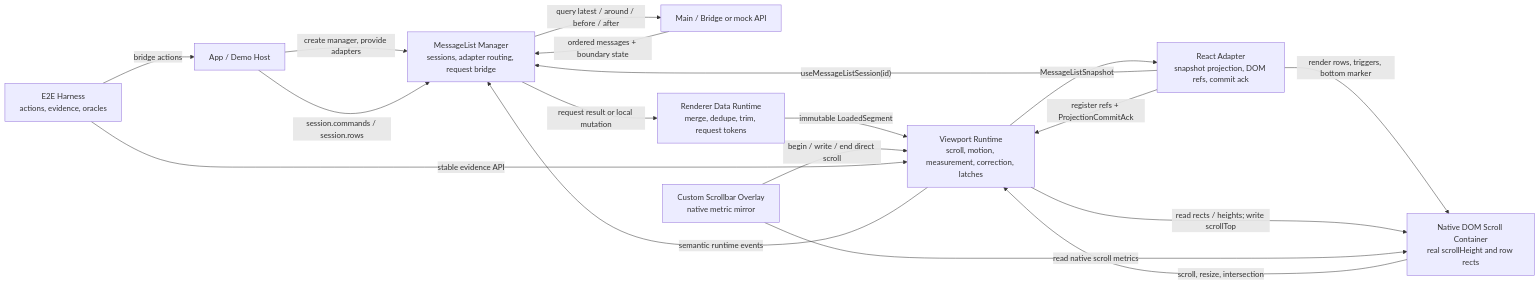
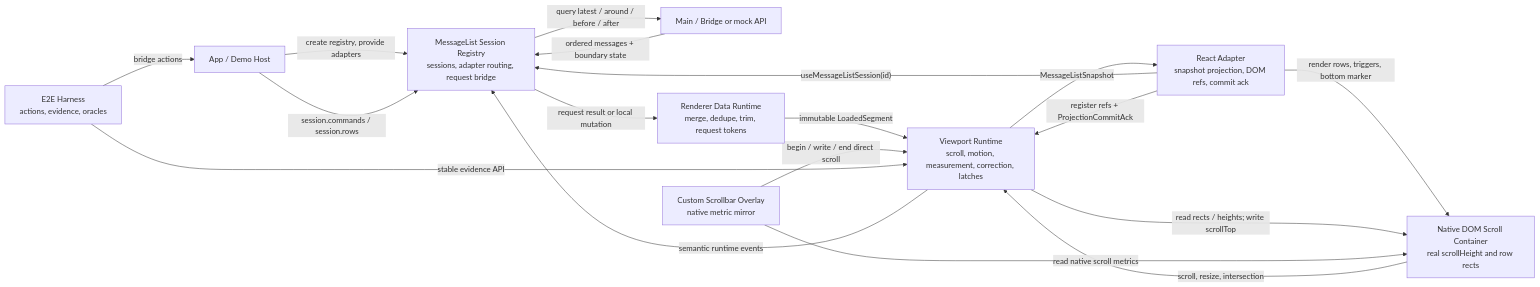
One commit to LouisGo/XMessageList changed the first of 2 diagrams in docs/graph/module-boundaries.md. Above: the diagram before and after it, drawn with Mermaid. The commit also changed 33 other files, not shown here.

````diff
--- a/docs/graph/module-boundaries.md
+++ b/docs/graph/module-boundaries.md
@@ -5,30 +5,30 @@
 ```mermaid
 flowchart LR
   Host["App / Demo Host"]
   Source["Main / Bridge or mock API"]
-  Manager["MessageList Manager<br/>sessions, adapter routing, request bridge"]
+  Registry["MessageList Session Registry<br/>sessions, adapter routing, request bridge"]
   Data["Renderer Data Runtime<br/>merge, dedupe, trim, request tokens"]
   Runtime["Viewport Runtime<br/>scroll, motion, measurement, correction, latches"]
   React["React Adapter<br/>snapshot projection, DOM refs, commit ack"]
   DOM["Native DOM Scroll Container<br/>real scrollHeight and row rects"]
   Overlay["Custom Scrollbar Overlay<br/>native metric mirror"]
   E2E["E2E Harness<br/>actions, evidence, oracles"]
 
-  Host -->|"create manager, provide adapters"| Manager
-  React -->|"useMessageListSession(id)"| Manager
-  Manager -->|"query latest / around / before / after"| Source
-  Source -->|"ordered messages + boundary state"| Manager
-  Host -->|"session.commands / session.rows"| Manager
-  Manager -->|"request result or local mutation"| Data
+  Host -->|"create registry, provide adapters"| Registry
+  React -->|"useMessageListSession(id)"| Registry
+  Registry -->|"query latest / around / before / after"| Source
+  Source -->|"ordered messages + boundary state"| Registry
+  Host -->|"session.commands / session.rows"| Registry
+  Registry -->|"request result or local mutation"| Data
   Data -->|"immutable LoadedSegment"| Runtime
   Runtime -->|"MessageListSnapshot"| React
   React -->|"render rows, triggers, bottom marker"| DOM
   React -->|"register refs + ProjectionCommitAck"| Runtime
   Runtime -->|"read rects / heights; write scrollTop"| DOM
   DOM -->|"scroll, resize, intersection"| Runtime
-  Runtime -->|"semantic runtime events"| Manager
+  Runtime -->|"semantic runtime events"| Registry
   Overlay -->|"begin / write / end direct scroll"| Runtime
   Overlay -->|"read native scroll metrics"| DOM
   E2E -->|"bridge actions"| Host
   E2E -->|"stable evidence API"| Runtime
 ```
````
